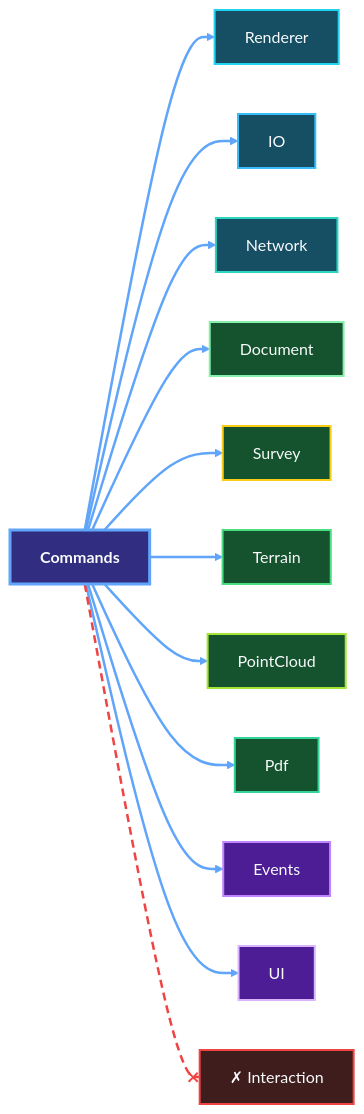
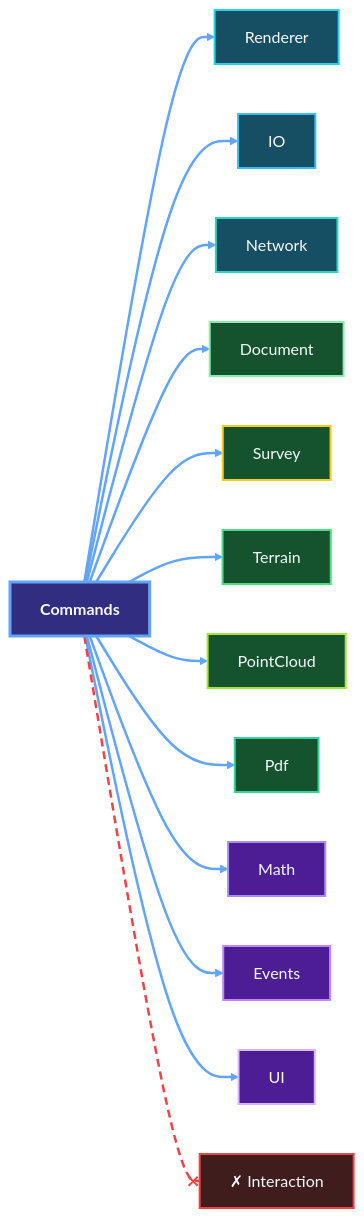
One commit to chetjones003/GoSurvey changed the third of 42 diagrams in docs/architecture/system-dependencies.md. Above: the diagram before and after it, drawn with Mermaid. The commit also changed other lines of this file and 35 other files, not shown here.

````diff
--- a/docs/architecture/system-dependencies.md
+++ b/docs/architecture/system-dependencies.md
@@ -128,49 +128,53 @@
 ```mermaid
 flowchart LR
   commands__src["<b>Commands</b>"]
   commands__renderer["Renderer"]
   commands__io["IO"]
   commands__network["Network"]
   commands__document["Document"]
   commands__survey["Survey"]
   commands__terrain["Terrain"]
   commands__pointcloud["PointCloud"]
   commands__pdf["Pdf"]
+  commands__math["Math"]
   commands__events["Events"]
   commands__ui["UI"]
   commands__x_interaction["✗ Interaction"]
   commands__src --> commands__renderer
   commands__src --> commands__io
   commands__src --> commands__network
   commands__src --> commands__document
   commands__src --> commands__survey
   commands__src --> commands__terrain
   commands__src --> commands__pointcloud
   commands__src --> commands__pdf
+  commands__src --> commands__math
   commands__src --> commands__events
   commands__src --> commands__ui
   commands__src -.-x commands__x_interaction
   style commands__src fill:#312e81,stroke:#60a5fa,stroke-width:3px,color:#f8fafc
   style commands__renderer fill:#164e63,stroke:#22d3ee,stroke-width:2px,color:#f8fafc
   style commands__io fill:#164e63,stroke:#38bdf8,stroke-width:2px,color:#f8fafc
   style commands__network fill:#164e63,stroke:#2dd4bf,stroke-width:2px,color:#f8fafc
   style commands__document fill:#14532d,stroke:#86efac,stroke-width:2px,color:#f8fafc
   style commands__survey fill:#14532d,stroke:#facc15,stroke-width:2px,color:#f8fafc
   style commands__terrain fill:#14532d,stroke:#4ade80,stroke-width:2px,color:#f8fafc
   style commands__pointcloud fill:#14532d,stroke:#a3e635,stroke-width:2px,color:#f8fafc
   style commands__pdf fill:#14532d,stroke:#34d399,stroke-width:2px,color:#f8fafc
+  style commands__math fill:#4c1d95,stroke:#a78bfa,stroke-width:2px,color:#f8fafc
   style commands__events fill:#4c1d95,stroke:#c084fc,stroke-width:2px,color:#f8fafc
   style commands__ui fill:#4c1d95,stroke:#d8b4fe,stroke-width:2px,color:#f8fafc
   style commands__x_interaction fill:#3f1d1d,stroke:#ef4444,stroke-width:2px,color:#f8fafc
   linkStyle 0 stroke:#60a5fa,stroke-width:2.5px
   linkStyle 1 stroke:#60a5fa,stroke-width:2.5px
   linkStyle 2 stroke:#60a5fa,stroke-width:2.5px
   linkStyle 3 stroke:#60a5fa,stroke-width:2.5px
   linkStyle 4 stroke:#60a5fa,stroke-width:2.5px
   linkStyle 5 stroke:#60a5fa,stroke-width:2.5px
   linkStyle 6 stroke:#60a5fa,stroke-width:2.5px
   linkStyle 7 stroke:#60a5fa,stroke-width:2.5px
   linkStyle 8 stroke:#60a5fa,stroke-width:2.5px
   linkStyle 9 stroke:#60a5fa,stroke-width:2.5px
-  linkStyle 10 stroke:#ef4444,stroke-width:2.5px,stroke-dasharray:8 5
+  linkStyle 10 stroke:#60a5fa,stroke-width:2.5px
+  linkStyle 11 stroke:#ef4444,stroke-width:2.5px,stroke-dasharray:8 5
 ```
````
